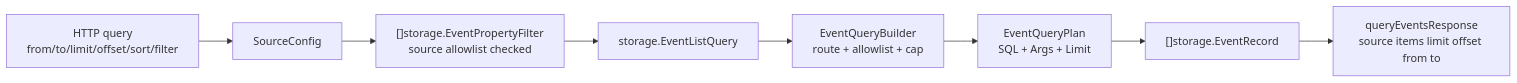
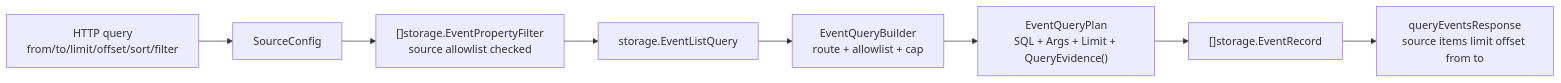
One commit to RoggerZ/uba changed the sixth of 12 diagrams in docs/analytics-source-reading/collectapi-query-and-tracker-flow.md. Above: the diagram before and after it, drawn with Mermaid. The commit also changed other lines of this file and 5 other files, not shown here.

````diff
--- a/docs/analytics-source-reading/collectapi-query-and-tracker-flow.md
+++ b/docs/analytics-source-reading/collectapi-query-and-tracker-flow.md
@@ -984,10 +984,10 @@
 ```mermaid
 flowchart LR
     Http["HTTP query<br/>from/to/limit/offset/sort/filter"] --> Source["SourceConfig"]
     Source --> PF["[]storage.EventPropertyFilter<br/>source allowlist checked"]
     PF --> EventList["storage.EventListQuery"]
     EventList --> Builder["EventQueryBuilder<br/>route + allowlist + cap"]
-    Builder --> Plan["EventQueryPlan<br/>SQL + Args + Limit"]
+    Builder --> Plan["EventQueryPlan<br/>SQL + Args + Limit + QueryEvidence()"]
     Plan --> Records["[]storage.EventRecord"]
     Records --> Response["queryEventsResponse<br/>source items limit offset from to"]
 ```
````
